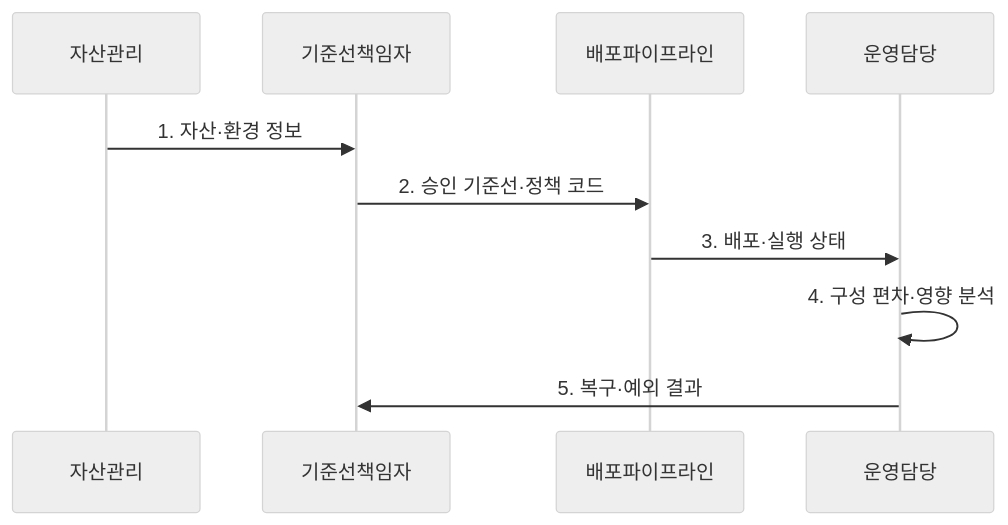
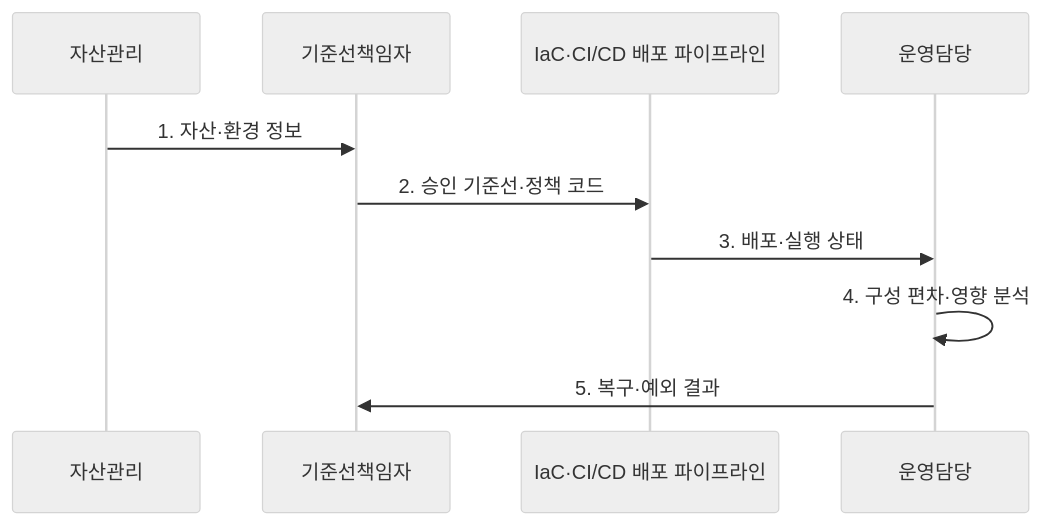
The second of 2 diagrams in src/content/docs/notes/05-security/044_security_configuration_management.md (agnusdei1207/knowledge-base), drawn with Mermaid (neutral theme) before and after one commit. The commit also changed other lines of this file and 4 other files, not shown here.

````diff
--- a/src/content/docs/notes/05-security/044_security_configuration_management.md
+++ b/src/content/docs/notes/05-security/044_security_configuration_management.md
@@ -102,12 +102,12 @@
 ```mermaid
 sequenceDiagram
     participant 자산관리
     participant 기준선책임자
-    participant 배포파이프라인
+    participant 배포파이프라인 as IaC·CI/CD 배포 파이프라인
     participant 운영담당
     자산관리->>기준선책임자: 1. 자산·환경 정보
     기준선책임자->>배포파이프라인: 2. 승인 기준선·정책 코드
     배포파이프라인->>운영담당: 3. 배포·실행 상태
     운영담당->>운영담당: 4. 구성 편차·영향 분석
     운영담당->>기준선책임자: 5. 복구·예외 결과
 ```
````
